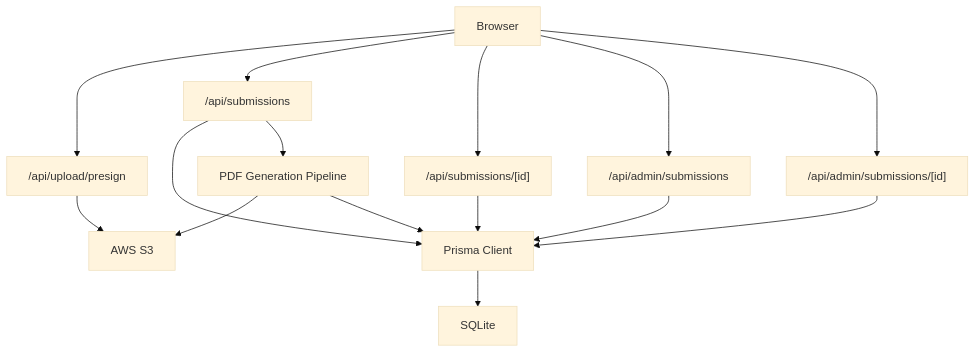
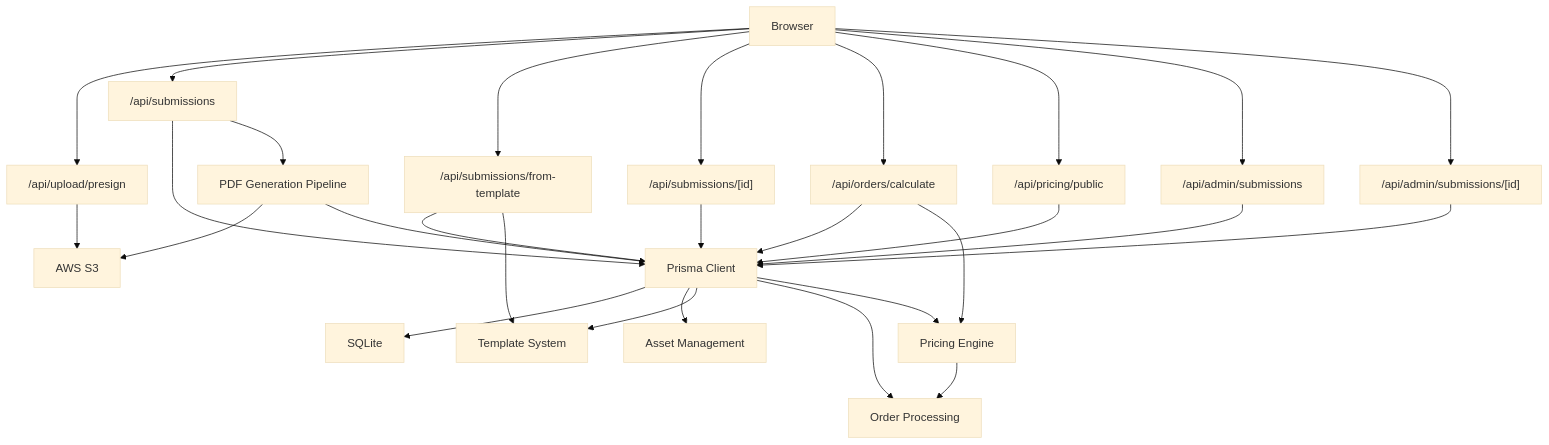
Before and after one commit to Crowdspender/titchybooks-app: the second of 8 diagrams in .qoder/repowiki/en/content/Architecture Overview/Data Architecture.md, drawn with Mermaid (base theme). The commit also changed other lines of this file and 62 other files, not shown here.

````diff
--- a/.qoder/repowiki/en/content/Architecture Overview/Data Architecture.md
+++ b/.qoder/repowiki/en/content/Architecture Overview/Data Architecture.md
@@ -137,27 +198,47 @@
 ```mermaid
 graph TB
 CLIENT["Browser"]
 API_SUB["/api/submissions"]
+API_FROM_TEMPLATE["/api/submissions/from-template"]
 API_SUB_ITEM["/api/submissions/[id]"]
 API_ADMIN_SUB["/api/admin/submissions"]
 API_ADMIN_SUB_ITEM["/api/admin/submissions/[id]"]
 API_PRESIGN["/api/upload/presign"]
+API_ORDERS_CALC["/api/orders/calculate"]
+API_PRICING_PUBLIC["/api/pricing/public"]
 PRISMA["Prisma Client"]
 SQLITE["SQLite"]
 S3["AWS S3"]
 PDFGEN["PDF Generation Pipeline"]
+ASSETS["Asset Management"]
+TEMPLATES["Template System"]
+ORDERS["Order Processing"]
+PRICING["Pricing Engine"]
 CLIENT --> API_PRESIGN
 CLIENT --> API_SUB
+CLIENT --> API_FROM_TEMPLATE
 CLIENT --> API_SUB_ITEM
+CLIENT --> API_ORDERS_CALC
+CLIENT --> API_PRICING_PUBLIC
 CLIENT --> API_ADMIN_SUB
 CLIENT --> API_ADMIN_SUB_ITEM
 API_PRESIGN --> S3
 API_SUB --> PRISMA
+API_FROM_TEMPLATE --> PRISMA
 API_SUB_ITEM --> PRISMA
+API_ORDERS_CALC --> PRISMA
+API_PRICING_PUBLIC --> PRISMA
 API_ADMIN_SUB --> PRISMA
 API_ADMIN_SUB_ITEM --> PRISMA
 PRISMA --> SQLITE
 API_SUB --> PDFGEN
+API_FROM_TEMPLATE --> TEMPLATES
+API_ORDERS_CALC --> PRICING
+PRICING --> ORDERS
+PRISMA --> ASSETS
+PRISMA --> TEMPLATES
+PRISMA --> ORDERS
+PRISMA --> PRICING
 PDFGEN --> S3
 PDFGEN --> PRISMA
 ```
````
